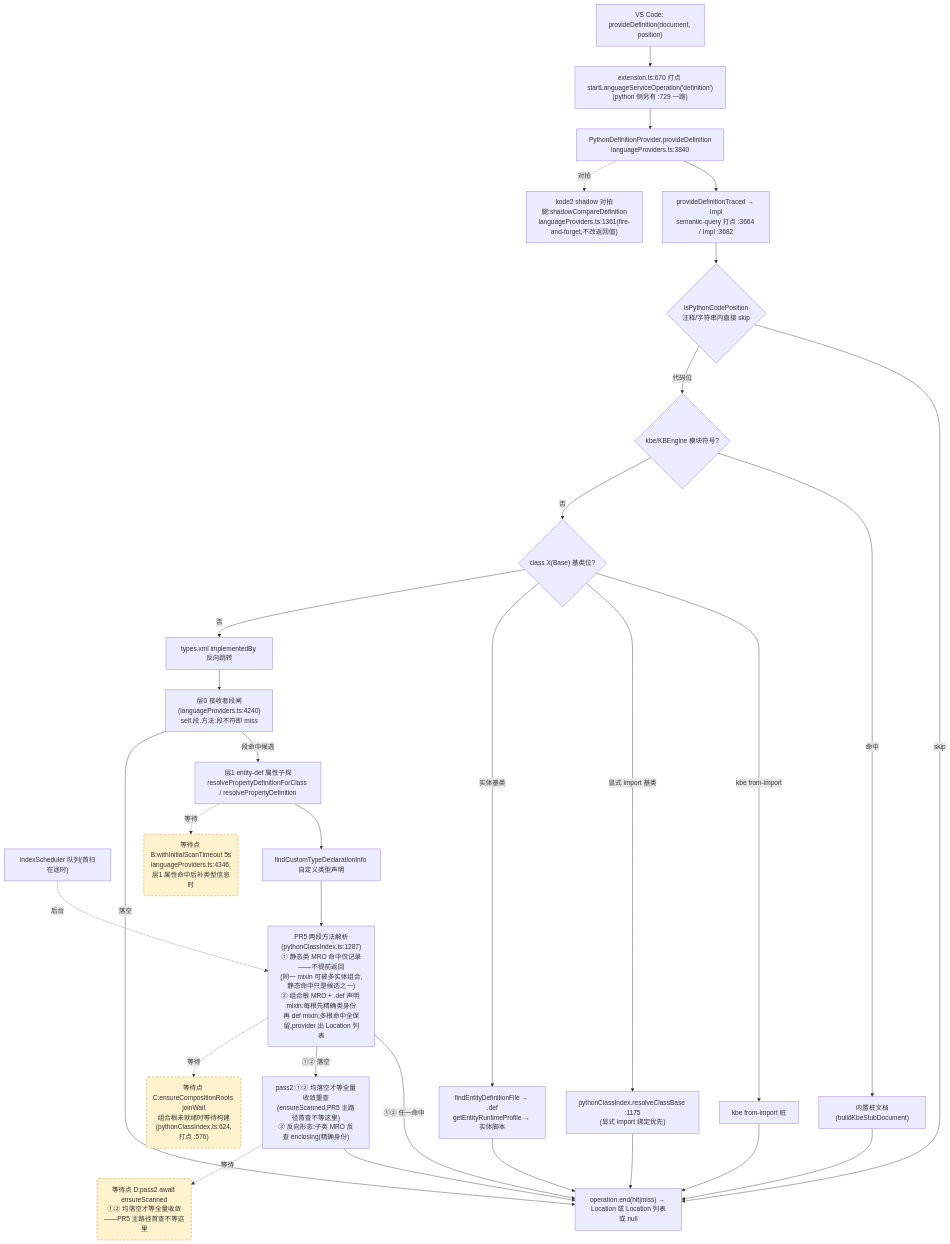
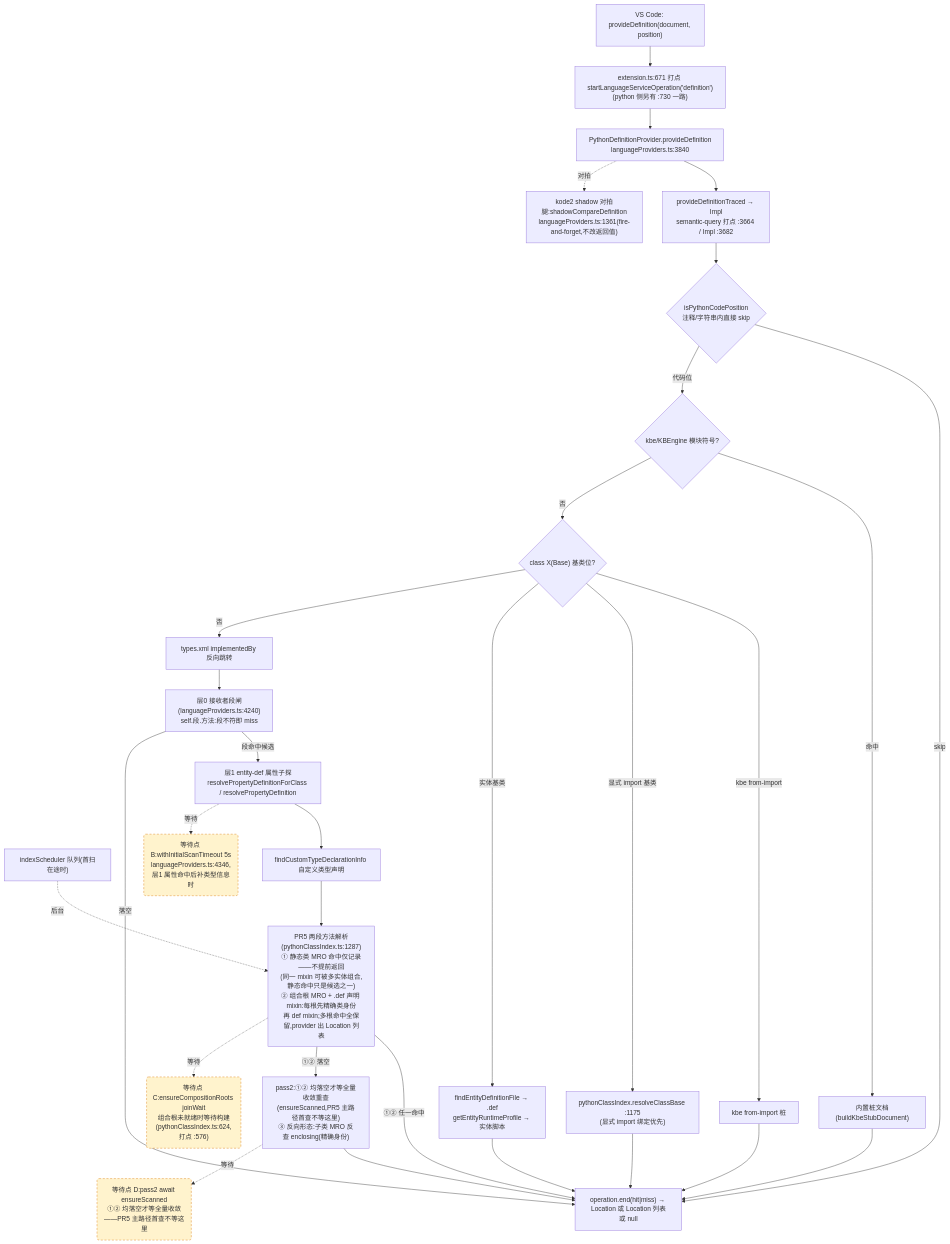
The second of 4 diagrams in docs/perf/2026-baseline.md (cuihairu/kode), drawn with Mermaid before and after one commit. The commit also changed other lines of this file and 13 other files, not shown here.

````diff
--- a/docs/perf/2026-baseline.md
+++ b/docs/perf/2026-baseline.md
@@ -130,51 +130,51 @@
 ```mermaid
 flowchart TD
   VC2["VS Code: provideDefinition(document, position)"]
-  M2["extension.ts:670 打点 startLanguageServiceOperation('definition')<br/>(python 侧另有 :729 一路)"]
+  M2["extension.ts:671 打点 startLanguageServiceOperation('definition')<br/>(python 侧另有 :730 一路)"]
   AD2["PythonDefinitionProvider.provideDefinition<br/>languageProviders.ts:3840"]
   TR["provideDefinitionTraced → Impl<br/>semantic-query 打点 :3664 / Impl :3682"]
   CTX{"isPythonCodePosition<br/>注释/字符串内直接 skip"}
   KBE{"kbe/KBEngine 模块符号?"}
   STUB["内置桩文档(buildKbeStubDocument)"]
   CB{"class X(Base) 基类位?"}
   CB1["kbe from-import 桩"]
   CB2["pythonClassIndex.resolveClassBase :1175<br/>(显式 import 绑定优先)"]
   CB3["findEntityDefinitionFile → .def<br/>getEntityRuntimeProfile → 实体脚本"]
   REV["types.xml implementedBy 反向跳转"]
   L0["层0 接收者段闸(languageProviders.ts:4240)<br/>self.段.方法:段不符即 miss"]
   L1["层1 entity-def 属性子探<br/>resolvePropertyDefinitionForClass / resolvePropertyDefinition"]
   SCAN["indexScheduler 队列(首扫在途时)"]
   TY["findCustomTypeDeclarationInfo 自定义类型声明"]
   MRO["PR5 两段方法解析(pythonClassIndex.ts:1287)<br/>① 静态类 MRO 命中仅记录——不提前返回<br/>(同一 mixin 可被多实体组合,静态命中只是候选之一)<br/>② 组合根 MRO + .def 声明 mixin:每根先精确类身份<br/>再 def mixin;多根命中全保留,provider 出 Location 列表"]
   PASS2["pass2:①② 均落空才等全量收敛重查<br/>(ensureScanned,PR5 主路径首查不等这里)<br/>③ 反向形态:子类 MRO 反查 enclosing(精确身份)"]
   SHD["kode2 shadow 对拍腿:shadowCompareDefinition<br/>languageProviders.ts:1361(fire-and-forget,不改返回值)"]
   END2["operation.end(hit|miss) → Location 或 Location 列表或 null"]
 
   VC2 --> M2 --> AD2 --> TR --> CTX
   CTX -- "skip" --> END2
   CTX -- "代码位" --> KBE
   KBE -- "命中" --> STUB --> END2
   KBE -- "否" --> CB
   CB -- "kbe from-import" --> CB1 --> END2
   CB -- "显式 import 基类" --> CB2 --> END2
   CB -- "实体基类" --> CB3 --> END2
   CB -- "否" --> REV --> L0
   L0 -- "段命中候选" --> L1
   L0 -- "落空" --> END2
   L1 --> TY
   TY --> MRO
   MRO -- "①② 任一命中" --> END2
   MRO -- "①② 落空" --> PASS2 --> END2
   AD2 -.->|对拍| SHD
 
   WAITB("等待点 B:withInitialScanTimeout 5s<br/>languageProviders.ts:4346,层1 属性命中后补类型信息时")
   WAITC("等待点 C:ensureCompositionRoots joinWait<br/>组合根未就绪时等待构建(pythonClassIndex.ts:624,打点 :576)")
   WAITD("等待点 D:pass2 await ensureScanned<br/>①② 均落空才等全量收敛——PR5 主路径首查不等这里")
   L1 -.->|等待| WAITB
   MRO -.->|等待| WAITC
   PASS2 -.->|等待| WAITD
   SCAN -.->|后台| MRO
 
   classDef waitPoint fill:#fff3cd,stroke:#d97706,stroke-dasharray:5 4;
   class WAITB,WAITC,WAITD waitPoint;
 ```
````
